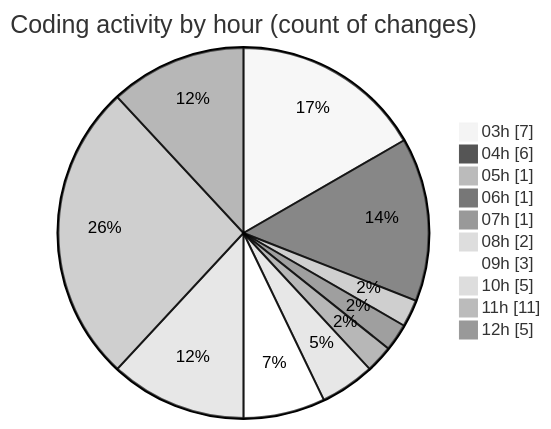
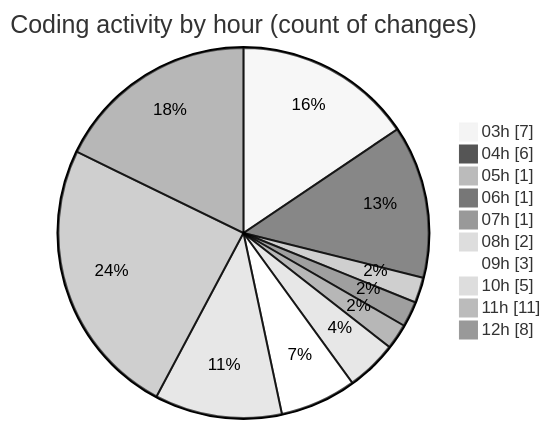
One commit to FelipKnott/code-tracking changed the second of 2 diagrams in 2025-07-02/cursor/README.md. Above: the diagram before and after it, drawn with Mermaid (neutral theme). The commit also changed other lines of this file and 1 other file, not shown here.

````diff
--- a/2025-07-02/cursor/README.md
+++ b/2025-07-02/cursor/README.md
@@ -31,14 +31,14 @@
 ```mermaid
 pie showData
 title Coding activity by hour (count of changes)
 "03h" : 7
 "04h" : 6
 "05h" : 1
 "06h" : 1
 "07h" : 1
 "08h" : 2
 "09h" : 3
 "10h" : 5
 "11h" : 11
-"12h" : 5
+"12h" : 8
 ```
````
